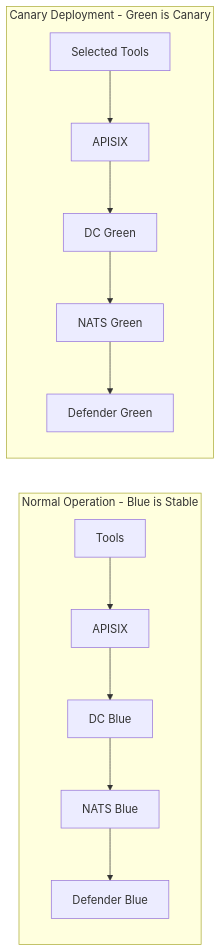
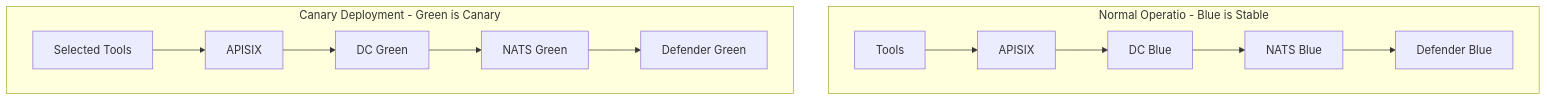
Before and after one commit to arloliu/parti: the third of 9 diagrams in docs/design/07-deployment/deployment_strategy.md, drawn with Mermaid. The commit also changed other lines of this file and 11 other files, not shown here.

````diff
--- a/docs/design/07-deployment/deployment_strategy.md
+++ b/docs/design/07-deployment/deployment_strategy.md
@@ -179,16 +180,16 @@
 ```mermaid
-flowchart LR
-    subgraph "Normal Operation - Blue is Stable"
+flowchart TB
+    subgraph "Normal Operatio - Blue is Stable"
         T1[Tools] --> A1[APISIX]
         A1 --> DC1[DC Blue]
         DC1 --> N1[NATS Blue]
         N1 --> D1[Defender Blue]
     end
 
     subgraph "Canary Deployment - Green is Canary"
         T2[Selected Tools] --> A2[APISIX]
         A2 --> DC2[DC Green]
         DC2 --> N2[NATS Green]
         N2 --> D2[Defender Green]
     end
 ```
````
